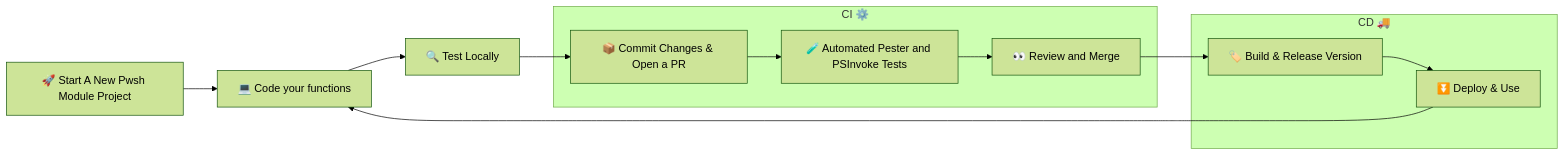
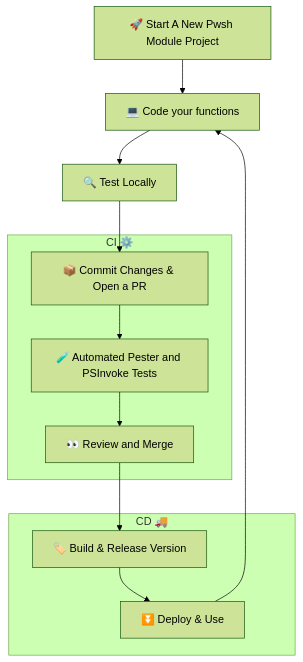
The diagram in README.md (adrian-andersson/ModuleForge), drawn with Mermaid (forest theme) before and after one commit.

Commit message:
chore: switch to TD for workflow graph

````diff
--- a/README.md
+++ b/README.md
@@ -48,17 +48,17 @@
 ```mermaid
 
-graph LR
+graph TD
   A[🚀 Start A New Pwsh Module Project] --> B[💻 Code your functions]
   B --> C[🔍 Test Locally]
   C --> D[📦 Commit Changes & Open a PR]
   subgraph "CI ⚙️"
   D --> E[🧪 Automated Pester and PSInvoke Tests]
   E --> F[👀 Review and Merge]
   end
   subgraph "CD 🚚"
   F --> G[🏷️ Build & Release Version]
   G --> H[⏬ Deploy & Use]
   end
   H --> B
 
 ```
````
